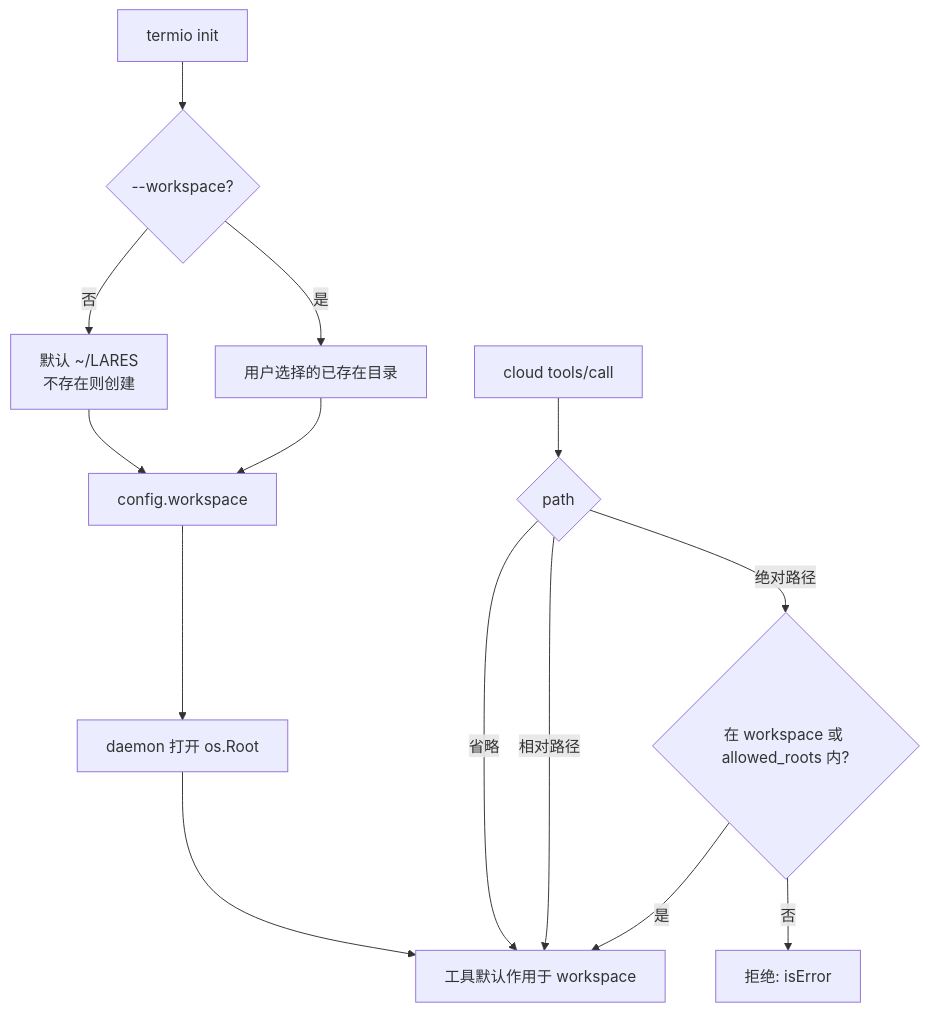
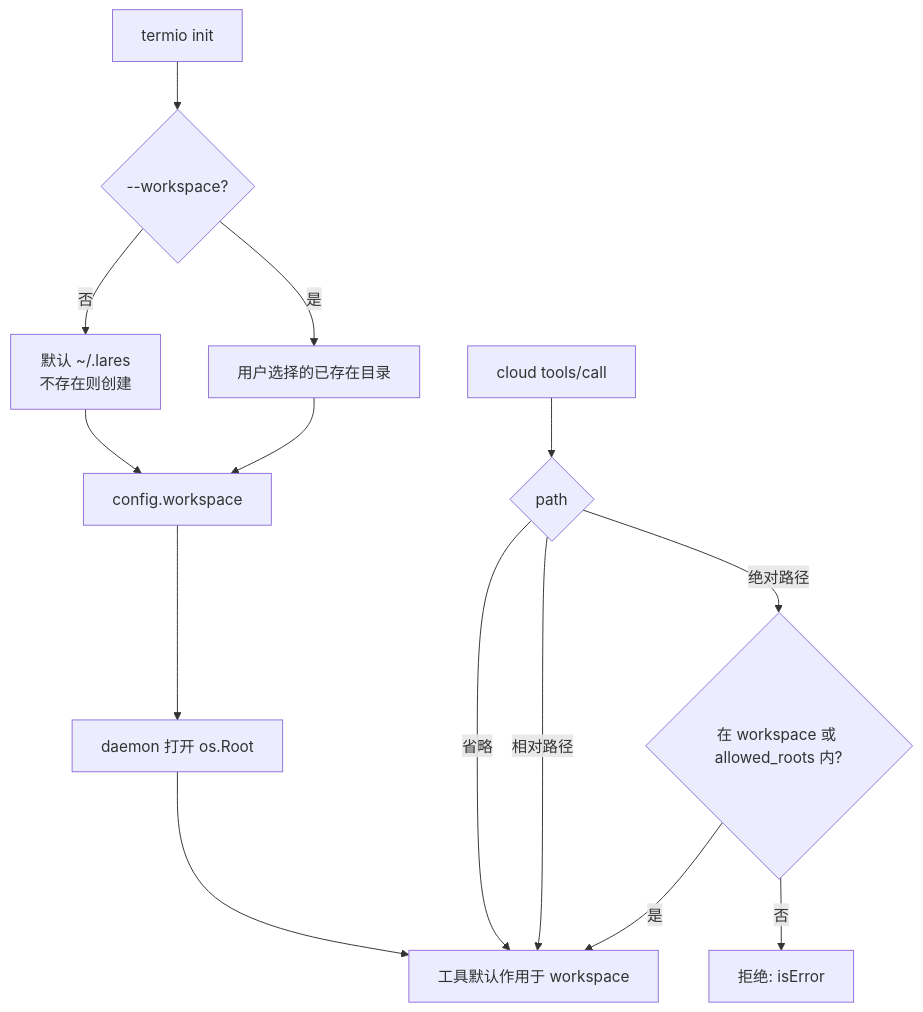
One commit to 2Elian/termio changed the diagram in docs/workspace.md. Above: the diagram before and after it, drawn with Mermaid. The commit also changed other lines of this file and 17 other files, not shown here.

````diff
--- a/docs/workspace.md
+++ b/docs/workspace.md
@@ -148,16 +153,16 @@
 ```mermaid
 flowchart TD
   A[termio init] --> B{--workspace?}
-  B -- 否 --> C[默认 ~/LARES<br/>不存在则创建]
+  B -- 否 --> C[默认 ~/.lares<br/>不存在则创建]
   B -- 是 --> D[用户选择的已存在目录]
   C --> E[config.workspace]
   D --> E
   E --> F[daemon 打开 os.Root]
   F --> G[工具默认作用于 workspace]
   H[cloud tools/call] --> I{path}
   I -- 省略 --> G
   I -- 相对路径 --> G
   I -- 绝对路径 --> J{在 workspace 或 allowed_roots 内?}
   J -- 是 --> G
   J -- 否 --> K[拒绝: isError]
 ```
````
